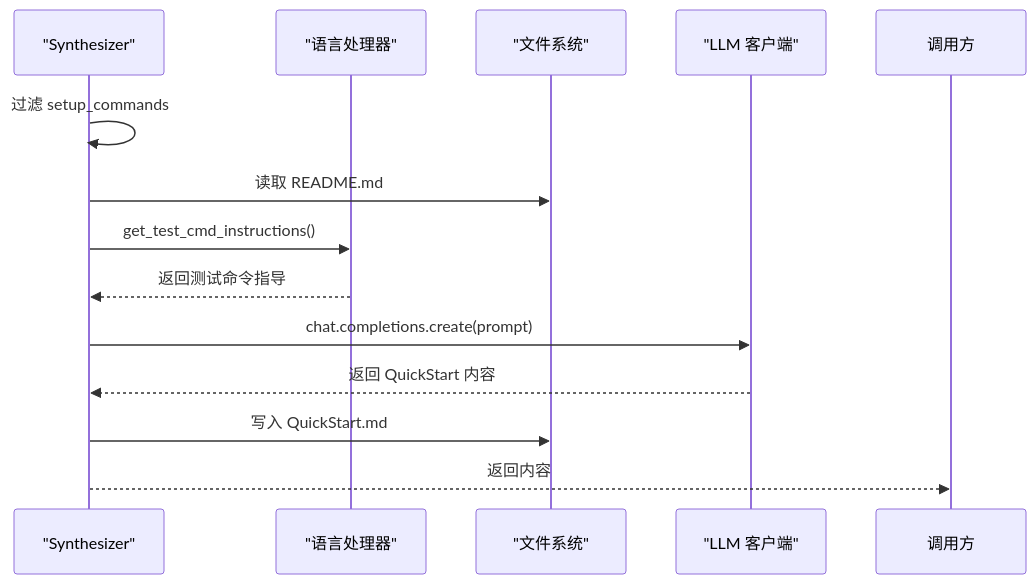
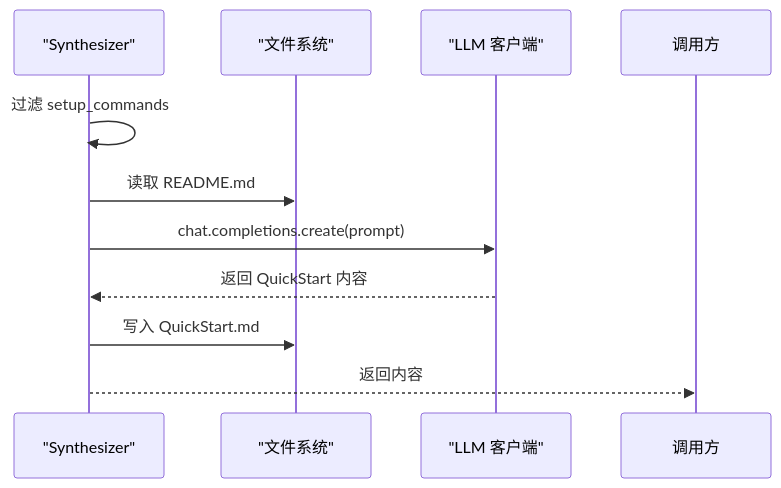
One commit to Jayint/Jayint-repo changed diagram 11 of 12 in .qoder/repowiki/zh/content/核心组件/Synthesizer 模块/Synthesizer 模块.md. Above: the diagram before and after it, drawn with Mermaid. The commit also changed other lines of this file and 497 other files, not shown here.

````diff
--- a/.qoder/repowiki/zh/content/核心组件/Synthesizer 模块/Synthesizer 模块.md
+++ b/.qoder/repowiki/zh/content/核心组件/Synthesizer 模块/Synthesizer 模块.md
@@ -300,15 +498,12 @@
 ```mermaid
 sequenceDiagram
 participant Synth as "Synthesizer"
-participant LangHandler as "语言处理器"
 participant FS as "文件系统"
 participant LLM as "LLM 客户端"
 Synth->>Synth : 过滤 setup_commands
 Synth->>FS : 读取 README.md
-Synth->>LangHandler : get_test_cmd_instructions()
-LangHandler-->>Synth : 返回测试命令指导
 Synth->>LLM : chat.completions.create(prompt)
 LLM-->>Synth : 返回 QuickStart 内容
 Synth->>FS : 写入 QuickStart.md
 Synth-->>调用方 : 返回内容
 ```
````
